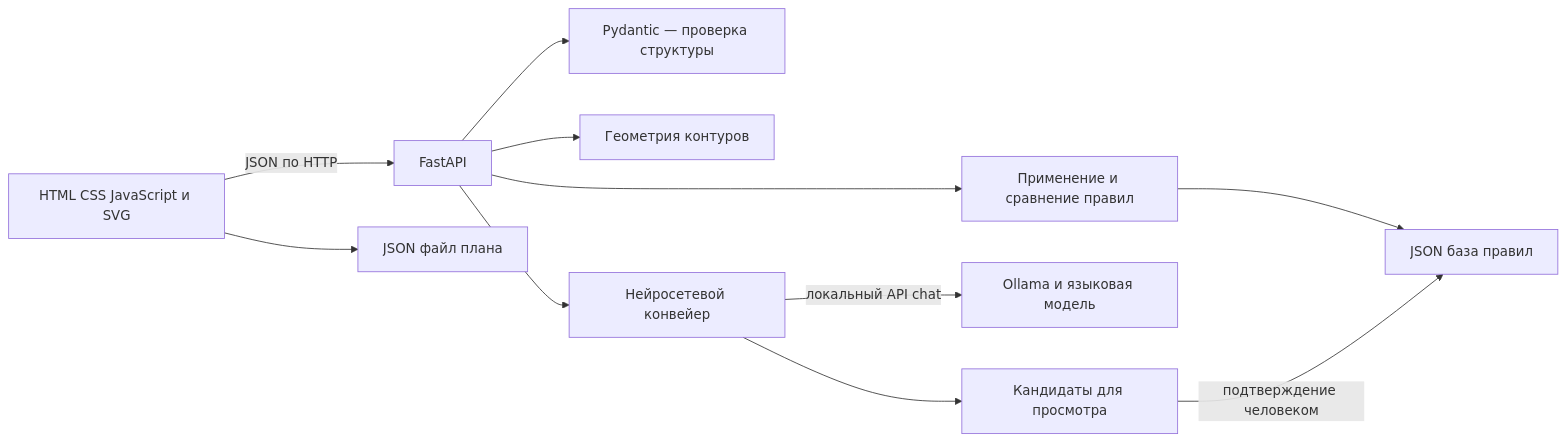
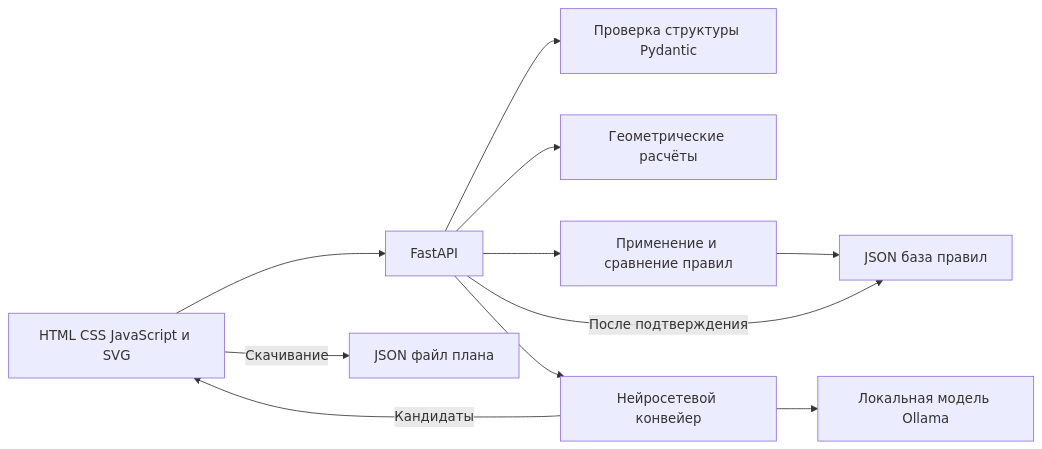
One commit to imranOdiboev/garden-planner-e61 changed the diagram in docs/ARCHITECTURE.md. Above: the diagram before and after it, drawn with Mermaid. The commit also changed other lines of this file and 8 other files, not shown here.

````diff
--- a/docs/ARCHITECTURE.md
+++ b/docs/ARCHITECTURE.md
@@ -5,13 +7,13 @@
 ```mermaid
 flowchart LR
-    UI[HTML CSS JavaScript и SVG] -->|JSON по HTTP| API[FastAPI]
-    API --> VALID[Pydantic — проверка структуры]
-    API --> GEO[Геометрия контуров]
+    UI[HTML CSS JavaScript и SVG] --> API[FastAPI]
+    API --> VALID[Проверка структуры Pydantic]
+    API --> GEO[Геометрические расчёты]
     API --> RULES[Применение и сравнение правил]
+    RULES --> BASE[JSON база правил]
     API --> AI[Нейросетевой конвейер]
-    AI -->|локальный API chat| OLLAMA[Ollama и языковая модель]
-    RULES --> BASE[JSON база правил]
-    UI --> DOWNLOAD[JSON файл плана]
-    AI --> REVIEW[Кандидаты для просмотра]
-    REVIEW -->|подтверждение человеком| BASE
+    AI --> OLLAMA[Локальная модель Ollama]
+    AI -->|Кандидаты| UI
+    API -->|После подтверждения| BASE
+    UI -->|Скачивание| FILE[JSON файл плана]
 ```
````
